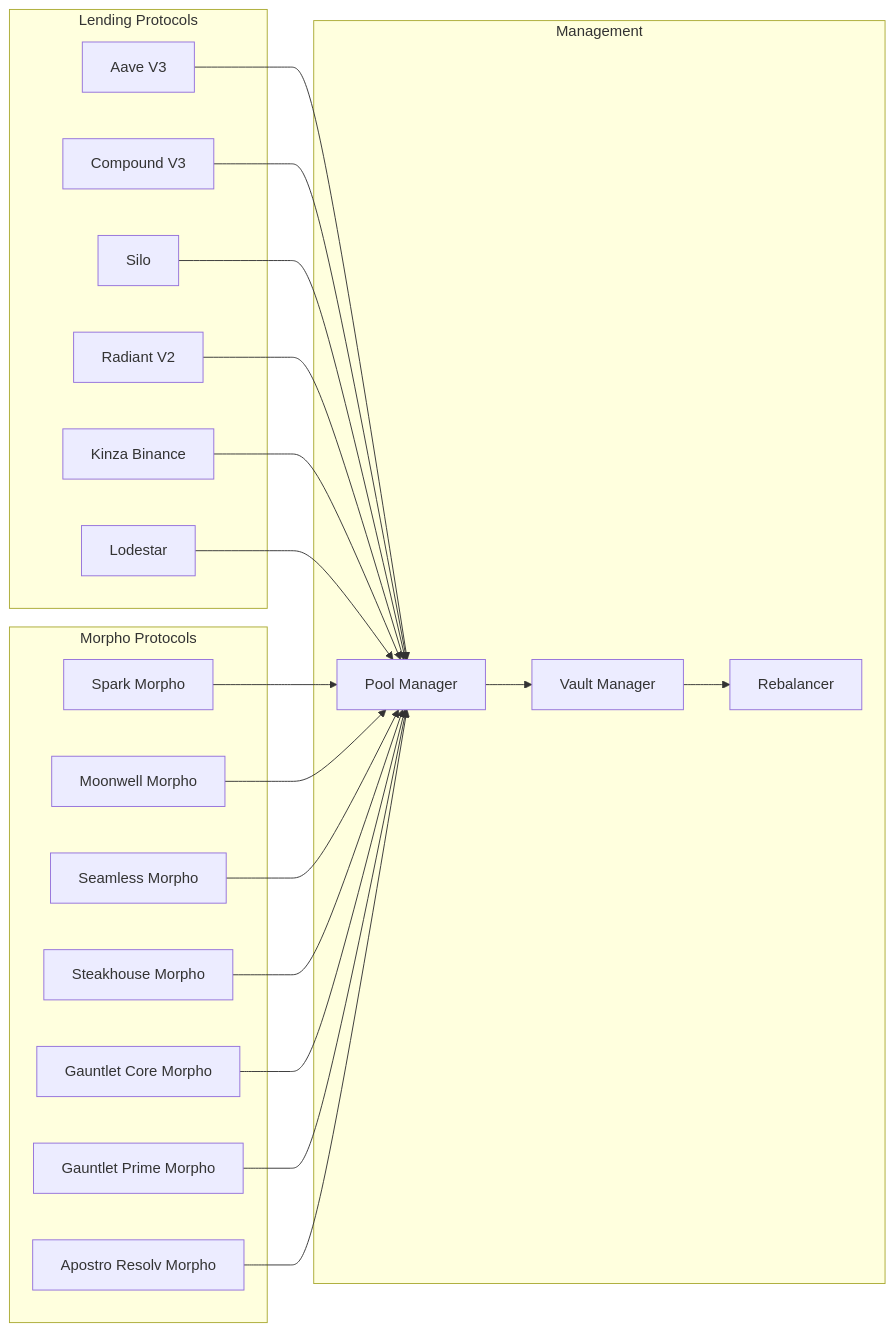
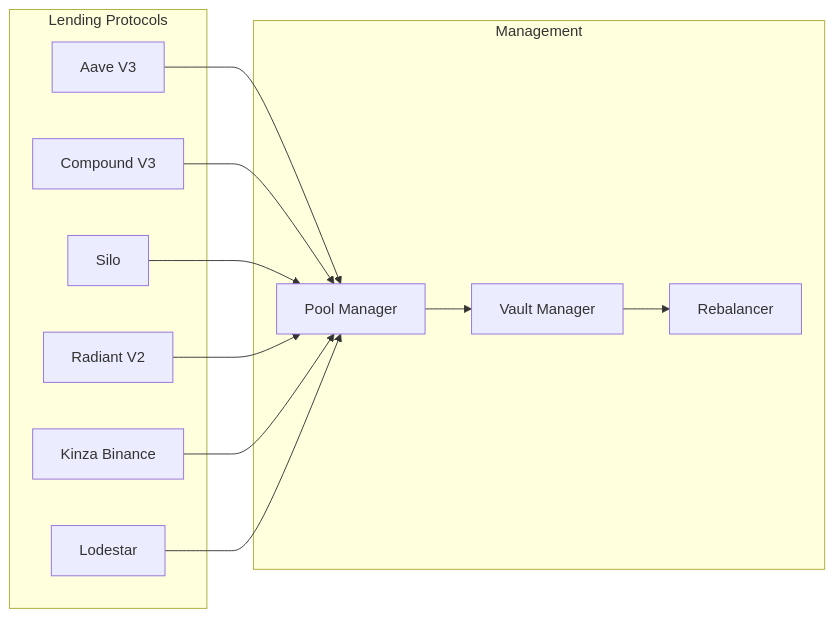
The fifth of 11 diagrams in docs/BUSINESS_LOGIC_GRAPH.md (Thesauros/contracts), drawn with Mermaid before and after one commit. The commit also changed 23 other files, not shown here.

````diff
--- a/docs/BUSINESS_LOGIC_GRAPH.md
+++ b/docs/BUSINESS_LOGIC_GRAPH.md
@@ -158,45 +158,29 @@
 ```mermaid
 graph LR
     subgraph "Lending Protocols"
         AAVE[Aave V3]
         COMPOUND[Compound V3]
         SILO[Silo]
         RADIANT[Radiant V2]
         KINZA[Kinza Binance]
         LODESTAR[Lodestar]
     end
     
-    subgraph "Morpho Protocols"
-        SPARK[Spark Morpho]
-        MOONWELL[Moonwell Morpho]
-        SEAMLESS[Seamless Morpho]
-        STEAKHOUSE[Steakhouse Morpho]
-        GAUNTLET_CORE[Gauntlet Core Morpho]
-        GAUNTLET_PRIME[Gauntlet Prime Morpho]
-        APOSTRO[Apostro Resolv Morpho]
-    end
     
     subgraph "Management"
         POOL_MANAGER[Pool Manager]
         VAULT_MANAGER[Vault Manager]
         REBALANCER[Rebalancer]
     end
     
     AAVE --> POOL_MANAGER
     COMPOUND --> POOL_MANAGER
     SILO --> POOL_MANAGER
     RADIANT --> POOL_MANAGER
     KINZA --> POOL_MANAGER
     LODESTAR --> POOL_MANAGER
     
-    SPARK --> POOL_MANAGER
-    MOONWELL --> POOL_MANAGER
-    SEAMLESS --> POOL_MANAGER
-    STEAKHOUSE --> POOL_MANAGER
-    GAUNTLET_CORE --> POOL_MANAGER
-    GAUNTLET_PRIME --> POOL_MANAGER
-    APOSTRO --> POOL_MANAGER
     
     POOL_MANAGER --> VAULT_MANAGER
     VAULT_MANAGER --> REBALANCER
 ```
````
